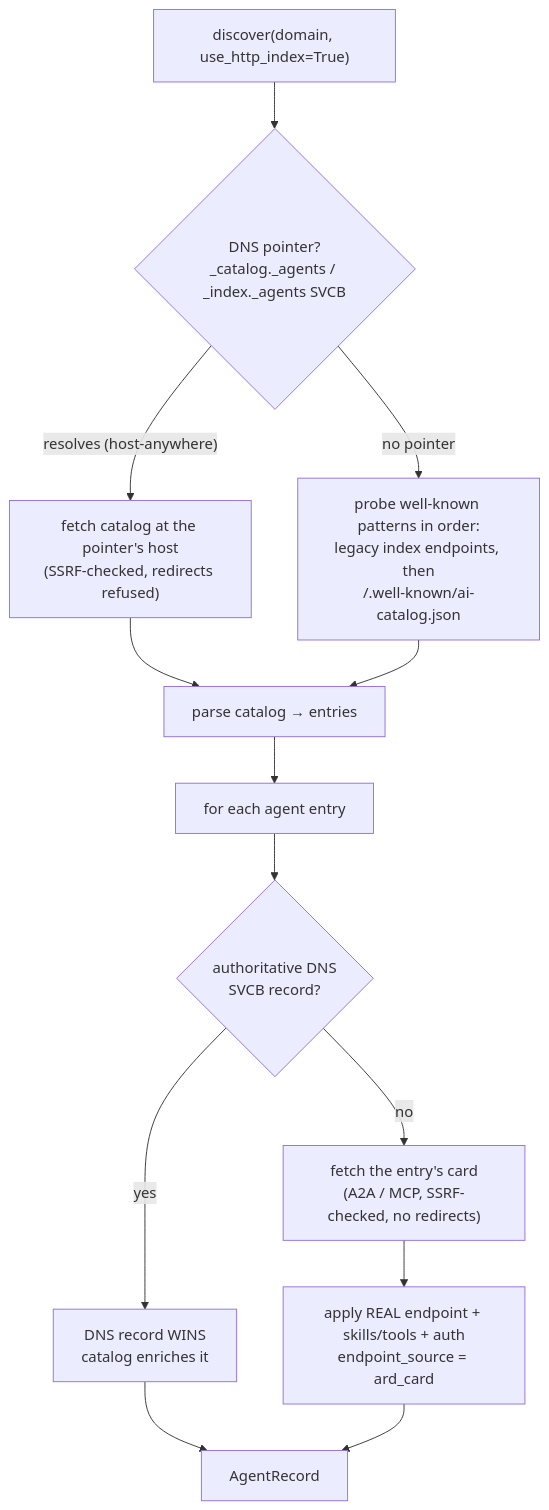
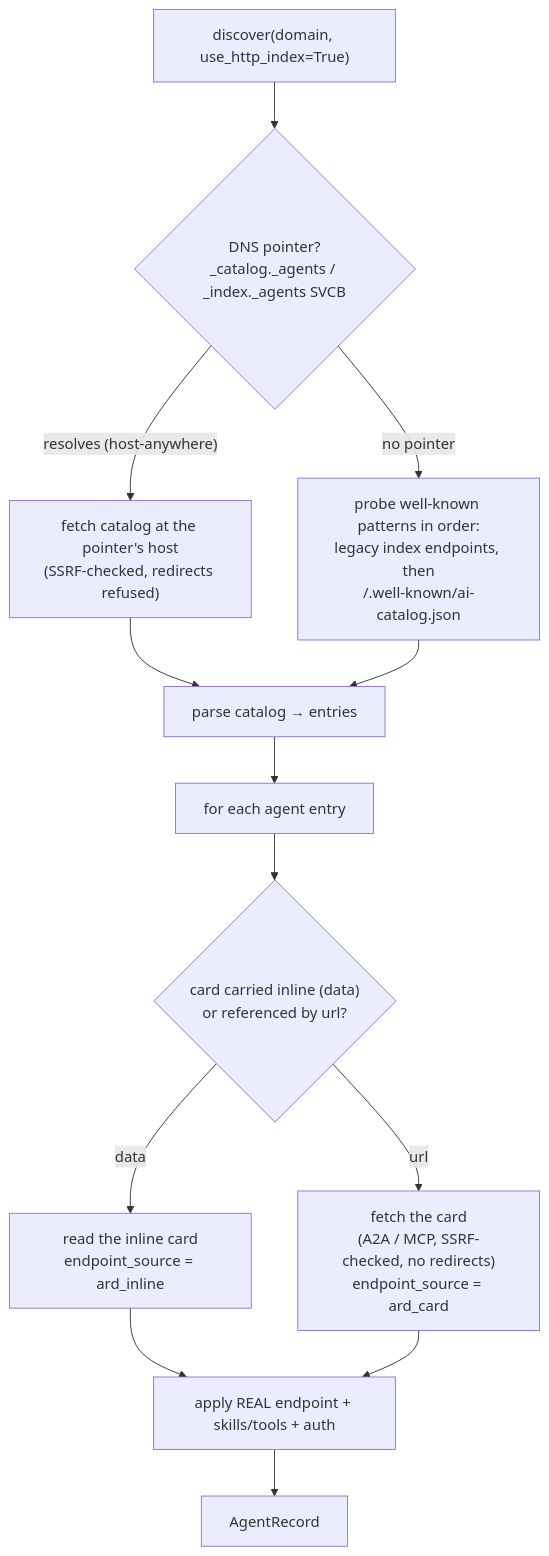
One commit to dns-aid/dns-aid-core changed the diagram in docs/ard-catalog.md. Above: the diagram before and after it, drawn with Mermaid. The commit also changed other lines of this file and 8 other files, not shown here.

First line of the commit message:
fix: resolve ARD entries via their card, not a synthesized DNS name

````diff
--- a/docs/ard-catalog.md
+++ b/docs/ard-catalog.md
@@ -20,15 +20,15 @@
 ```mermaid
 flowchart TD
     A["discover(domain, use_http_index=True)"] --> B{"DNS pointer?<br/>_catalog._agents / _index._agents SVCB"}
     B -- "resolves (host-anywhere)" --> C["fetch catalog at the pointer's host<br/>(SSRF-checked, redirects refused)"]
     B -- "no pointer" --> D["probe well-known patterns in order:<br/>legacy index endpoints, then<br/>/.well-known/ai-catalog.json"]
     C --> E["parse catalog → entries"]
     D --> E
     E --> F["for each agent entry"]
-    F --> G{"authoritative DNS<br/>SVCB record?"}
-    G -- "yes" --> H["DNS record WINS<br/>catalog enriches it"]
-    G -- "no" --> I["fetch the entry's card<br/>(A2A / MCP, SSRF-checked, no redirects)"]
-    I --> J["apply REAL endpoint + skills/tools + auth<br/>endpoint_source = ard_card"]
-    H --> K["AgentRecord"]
-    J --> K
+    F --> G{"card carried inline (data)<br/>or referenced by url?"}
+    G -- "data" --> H["read the inline card<br/>endpoint_source = ard_inline"]
+    G -- "url" --> I["fetch the card<br/>(A2A / MCP, SSRF-checked, no redirects)<br/>endpoint_source = ard_card"]
+    H --> J["apply REAL endpoint + skills/tools + auth"]
+    I --> J
+    J --> K["AgentRecord"]
 ```
````
